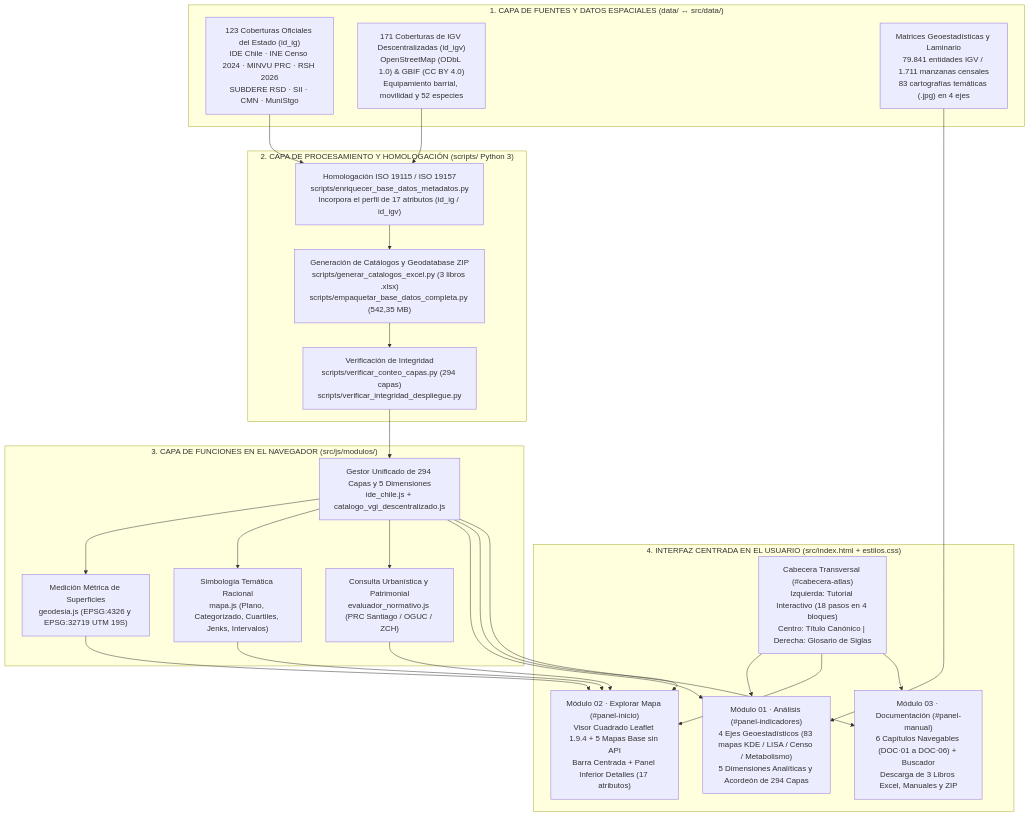
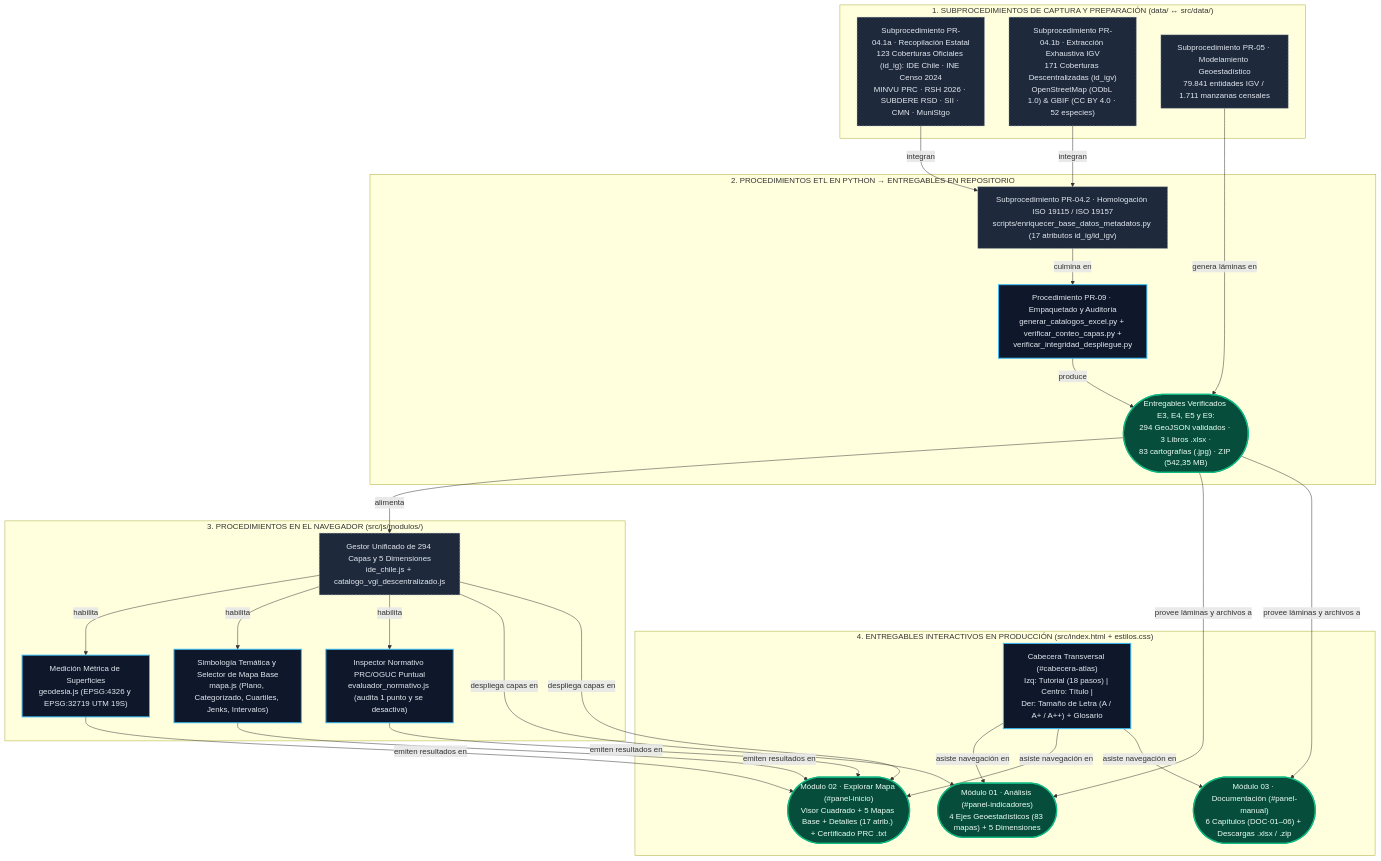
One commit to GEOJOTA/atlas-vgi-barrio-brasil changed the diagram in src/docs/ARQUITECTURA.md. Above: the diagram before and after it, drawn with Mermaid. The commit also changed other lines of this file and 44 other files, not shown here.

Commit message:
feat(atlas): lectura dinamica A/A+/A++, pausa puntual en Inspector PRC, mapa base en simbologia, capas VGI exhaustivas y flujo procedimiento-entregable (v74)

````diff
--- a/src/docs/ARQUITECTURA.md
+++ b/src/docs/ARQUITECTURA.md
@@ -26,36 +26,41 @@
 ```mermaid
 flowchart TB
-    subgraph CAPA_DATOS["1. CAPA DE FUENTES Y DATOS ESPACIALES (data/ ↔ src/data/)"]
-        F_OF["123 Coberturas Oficiales del Estado (id_ig)\nIDE Chile · INE Censo 2024 · MINVU PRC · RSH 2026\nSUBDERE RSD · SII · CMN · MuniStgo"]
-        F_IGV["171 Coberturas de IGV Descentralizadas (id_igv)\nOpenStreetMap (ODbL 1.0) & GBIF (CC BY 4.0)\nEquipamiento barrial, movilidad y 52 especies"]
-        F_MAT["Matrices Geoestadísticas y Laminario\n79.841 entidades IGV / 1.711 manzanas censales\n83 cartografías temáticas (.jpg) en 4 ejes"]
+    classDef subproc fill:#1e293b,stroke:#94a3b8,stroke-dasharray:4 3,color:#e2e8f0
+    classDef proc fill:#0f172a,stroke:#38bdf8,stroke-width:2px,color:#e2e8f0
+    classDef ent fill:#064e3b,stroke:#10b981,stroke-width:2.5px,color:#ecfdf5
+
+    subgraph CAPA_DATOS["1. SUBPROCEDIMIENTOS DE CAPTURA Y PREPARACIÓN (data/ ↔ src/data/)"]
+        F_OF["Subprocedimiento PR-04.1a · Recopilación Estatal\n123 Coberturas Oficiales (id_ig): IDE Chile · INE Censo 2024\nMINVU PRC · RSH 2026 · SUBDERE RSD · SII · CMN · MuniStgo"]:::subproc
+        F_IGV["Subprocedimiento PR-04.1b · Extracción Exhaustiva IGV\n171 Coberturas Descentralizadas (id_igv)\nOpenStreetMap (ODbL 1.0) & GBIF (CC BY 4.0 · 52 especies)"]:::subproc
+        F_MAT["Subprocedimiento PR-05 · Modelamiento Geoestadístico\n79.841 entidades IGV / 1.711 manzanas censales"]:::subproc
     end
 
-    subgraph CAPA_ETL["2. CAPA DE PROCESAMIENTO Y HOMOLOGACIÓN (scripts/ Python 3)"]
-        S_META["Homologación ISO 19115 / ISO 19157\nscripts/enriquecer_base_datos_metadatos.py\nIncorpora el perfil de 17 atributos (id_ig / id_igv)"]
-        S_XLSX["Generación de Catálogos y Geodatabase ZIP\nscripts/generar_catalogos_excel.py (3 libros .xlsx)\nscripts/empaquetar_base_datos_completa.py (542,35 MB)"]
-        S_AUD["Verificación de Integridad\nscripts/verificar_conteo_capas.py (294 capas)\nscripts/verificar_integridad_despliegue.py"]
+    subgraph CAPA_ETL["2. PROCEDIMIENTOS ETL EN PYTHON → ENTREGABLES EN REPOSITORIO"]
+        S_META["Subprocedimiento PR-04.2 · Homologación ISO 19115 / ISO 19157\nscripts/enriquecer_base_datos_metadatos.py (17 atributos id_ig/id_igv)"]:::subproc
+        S_XLSX["Procedimiento PR-09 · Empaquetado y Auditoría\ngenerar_catalogos_excel.py + verificar_conteo_capas.py +\nverificar_integridad_despliegue.py"]:::proc
+        ENT_REPO(["Entregables Verificados E3, E4, E5 y E9:\n294 GeoJSON validados · 3 Libros .xlsx ·\n83 cartografías (.jpg) · ZIP (542,35 MB)"]):::ent
     end
 
-    subgraph CAPA_MOTORES["3. CAPA DE FUNCIONES EN EL NAVEGADOR (src/js/modulos/)"]
-        M_CAT["Gestor Unificado de 294 Capas y 5 Dimensiones\nide_chile.js + catalogo_vgi_descentralizado.js"]
-        M_GEO["Medición Métrica de Superficies\ngeodesia.js (EPSG:4326 y EPSG:32719 UTM 19S)"]
-        M_SIM["Simbología Temática Racional\nmapa.js (Plano, Categorizado, Cuartiles, Jenks, Intervalos)"]
-        M_PRC["Consulta Urbanística y Patrimonial\nevaluador_normativo.js (PRC Santiago / OGUC / ZCH)"]
+    subgraph CAPA_MOTORES["3. PROCEDIMIENTOS EN EL NAVEGADOR (src/js/modulos/)"]
+        M_CAT["Gestor Unificado de 294 Capas y 5 Dimensiones\nide_chile.js + catalogo_vgi_descentralizado.js"]:::subproc
+        M_GEO["Medición Métrica de Superficies\ngeodesia.js (EPSG:4326 y EPSG:32719 UTM 19S)"]:::proc
+        M_SIM["Simbología Temática y Selector de Mapa Base\nmapa.js (Plano, Categorizado, Cuartiles, Jenks, Intervalos)"]:::proc
+        M_PRC["Inspector Normativo PRC/OGUC Puntual\nevaluador_normativo.js (audita 1 punto y se desactiva)"]:::proc
     end
 
-    subgraph CAPA_UI["4. INTERFAZ CENTRADA EN EL USUARIO (src/index.html + estilos.css)"]
-        UI_CAB["Cabecera Transversal (#cabecera-atlas)\nIzquierda: Tutorial Interactivo (18 pasos en 4 bloques)\nCentro: Título Canónico | Derecha: Glosario de Siglas"]
-        UI_M1["Módulo 01 · Análisis (#panel-indicadores)\n4 Ejes Geoestadísticos (83 mapas KDE / LISA / Censo / Metabolismo)\n5 Dimensiones Analíticas y Acordeón de 294 Capas"]
-        UI_M2["Módulo 02 · Explorar Mapa (#panel-inicio)\nVisor Cuadrado Leaflet 1.9.4 + 5 Mapas Base sin API\nBarra Centrada + Panel Inferior Detalles (17 atributos)"]
-        UI_M3["Módulo 03 · Documentación (#panel-manual)\n6 Capítulos Navegables (DOC·01 a DOC·06) + Buscador\nDescarga de 3 Libros Excel, Manuales y ZIP"]
+    subgraph CAPA_UI["4. ENTREGABLES INTERACTIVOS EN PRODUCCIÓN (src/index.html + estilos.css)"]
+        UI_CAB["Cabecera Transversal (#cabecera-atlas)\nIzq: Tutorial (18 pasos) | Centro: Título |\nDer: Tamaño de Letra (A / A+ / A++) + Glosario"]:::proc
+        UI_M1(["Módulo 01 · Análisis (#panel-indicadores)\n4 Ejes Geoestadísticos (83 mapas) + 5 Dimensiones"]):::ent
+        UI_M2(["Módulo 02 · Explorar Mapa (#panel-inicio)\nVisor Cuadrado + 5 Mapas Base + Detalles (17 atrib.) + Certificado PRC .txt"]):::ent
+        UI_M3(["Módulo 03 · Documentación (#panel-manual)\n6 Capítulos (DOC·01–06) + Descargas .xlsx / .zip"]):::ent
     end
 
-    F_OF & F_IGV --> S_META --> S_XLSX --> S_AUD
-    S_AUD --> M_CAT
-    F_MAT --> UI_M1
-    M_CAT --> M_GEO & M_SIM & M_PRC
-    M_CAT --> UI_M1 & UI_M2 & UI_M3
-    M_GEO & M_SIM & M_PRC --> UI_M2
-    UI_CAB --> UI_M1 & UI_M2 & UI_M3
+    F_OF & F_IGV -->|"integran"| S_META -->|"culmina en"| S_XLSX -->|"produce"| ENT_REPO
+    F_MAT -->|"genera láminas en"| ENT_REPO
+    ENT_REPO -->|"alimenta"| M_CAT
+    ENT_REPO -->|"provee láminas y archivos a"| UI_M1 & UI_M3
+    M_CAT -->|"habilita"| M_GEO & M_SIM & M_PRC
+    M_CAT -->|"despliega capas en"| UI_M1 & UI_M2
+    M_GEO & M_SIM & M_PRC -->|"emiten resultados en"| UI_M2
+    UI_CAB -->|"asiste navegación en"| UI_M1 & UI_M2 & UI_M3
 ```
````
